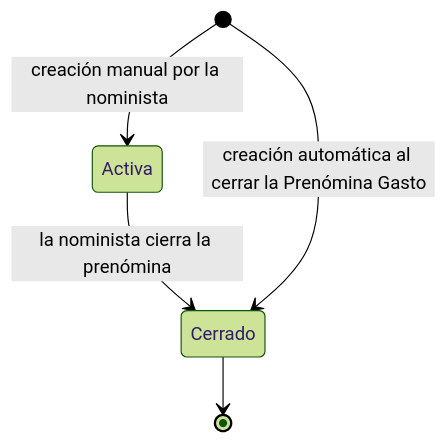
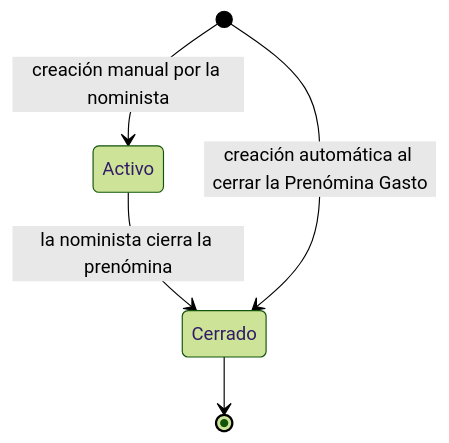
Before and after one commit to solis1408/Business-Suite: the first of 4 diagrams in docs/Proyectos/iNN/Control de Asistencias/Requerimientos-Funcionales-Control-de-Asistencia-Analisis-de-Negocio.md, drawn with Mermaid (forest theme). The commit also changed other lines of this file, not shown here.

First line of the commit message:
docs(asistencias): agrega RF-19 y renombra catálogos y campos de prenómina

````diff
--- a/docs/Proyectos/iNN/Control de Asistencias/Requerimientos-Funcionales-Control-de-Asistencia-Analisis-de-Negocio.md
+++ b/docs/Proyectos/iNN/Control de Asistencias/Requerimientos-Funcionales-Control-de-Asistencia-Analisis-de-Negocio.md
@@ -147,7 +151,7 @@
 ```mermaid
 stateDiagram-v2
-    [*] --> Activa: creación manual por la nominista
-    Activa --> Cerrado: la nominista cierra la prenómina
+    [*] --> Activo: creación manual por la nominista
+    Activo --> Cerrado: la nominista cierra la prenómina
     [*] --> Cerrado: creación automática al cerrar la Prenómina Gasto
     Cerrado --> [*]
 ```
````
